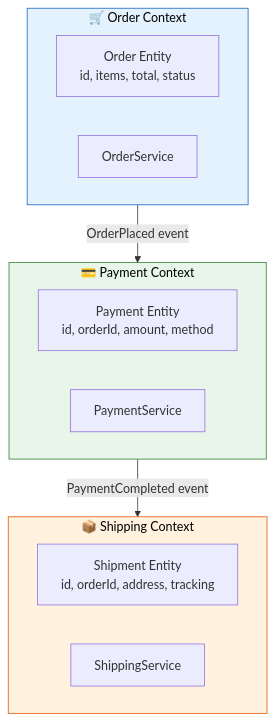
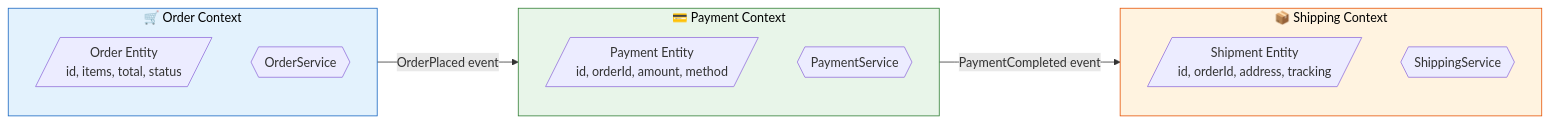
The first of 4 diagrams in docs/microservices/design-principles.md (saivamsikaruturi/vamsilabs-dev-notes-main), drawn with Mermaid before and after one commit. The commit also changed other lines of this file and 146 other files, not shown here.

Commit message:
Horizontal diagrams, UML class diagrams, typography overhaul, and permalink cleanup

````diff
--- a/docs/microservices/design-principles.md
+++ b/docs/microservices/design-principles.md
@@ -39,24 +39,24 @@
 ```mermaid
-flowchart TD
+flowchart LR
     subgraph Order["🛒 Order Context"]
-        OE["Order Entity<br/>id, items, total, status"]
-        OS["OrderService"]
+        OE[/"Order Entity<br/>id, items, total, status"/]
+        OS{{"OrderService"}}
     end
     
     subgraph Payment["💳 Payment Context"]
-        PE["Payment Entity<br/>id, orderId, amount, method"]
-        PS["PaymentService"]
+        PE[/"Payment Entity<br/>id, orderId, amount, method"/]
+        PS{{"PaymentService"}}
     end
     
     subgraph Shipping["📦 Shipping Context"]
-        SE["Shipment Entity<br/>id, orderId, address, tracking"]
-        SS["ShippingService"]
+        SE[/"Shipment Entity<br/>id, orderId, address, tracking"/]
+        SS{{"ShippingService"}}
     end
 
     Order -->|"OrderPlaced event"| Payment
     Payment -->|"PaymentCompleted event"| Shipping
 
     style Order fill:#E3F2FD,stroke:#1565C0,color:#000
     style Payment fill:#E8F5E9,stroke:#2E7D32,color:#000
     style Shipping fill:#FFF3E0,stroke:#E65100,color:#000
 ```
````
